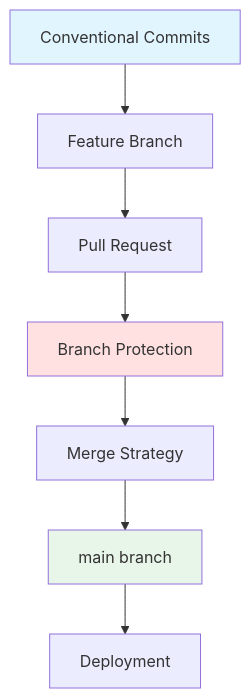
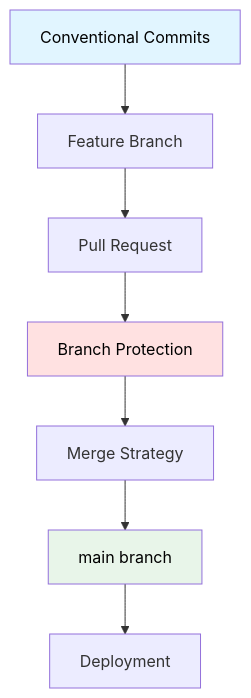
One commit to jclemente-tlm/tlm-doc-architecture changed the first of 2 diagrams in docs/fundamentos-corporativos/estandares/desarrollo/git-workflow.md. Above: the diagram before and after it, drawn with Mermaid. The commit also changed 21 other files, not shown here.

````diff
--- a/docs/fundamentos-corporativos/estandares/desarrollo/git-workflow.md
+++ b/docs/fundamentos-corporativos/estandares/desarrollo/git-workflow.md
@@ -37,13 +37,13 @@
 ```mermaid
 graph TB
     A[Conventional Commits] --> B[Feature Branch]
     B --> C[Pull Request]
     C --> D[Branch Protection]
     D --> E[Merge Strategy]
     E --> F[main branch]
     F --> G[Deployment]
 
-    style A fill:#e1f5ff
-    style D fill:#ffe1e1
-    style F fill:#e8f5e9
+    style A fill:#e1f5ff,color:#000000
+    style D fill:#ffe1e1,color:#000000
+    style F fill:#e8f5e9,color:#000000
 ```
````
